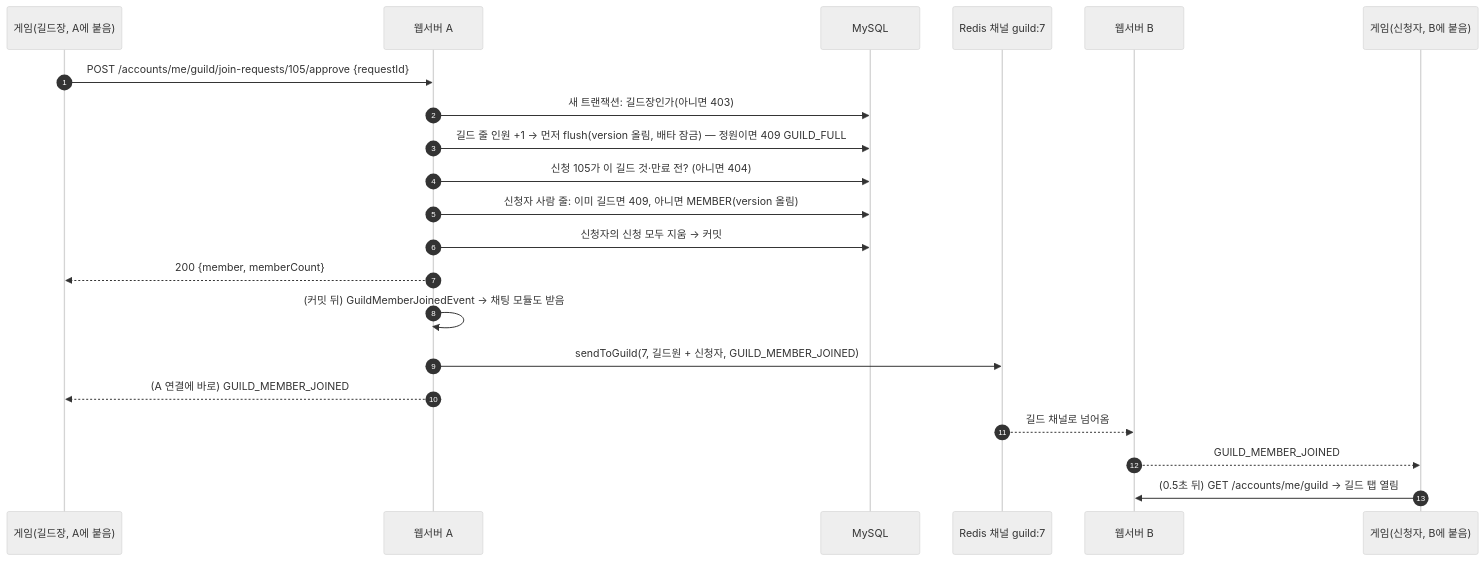
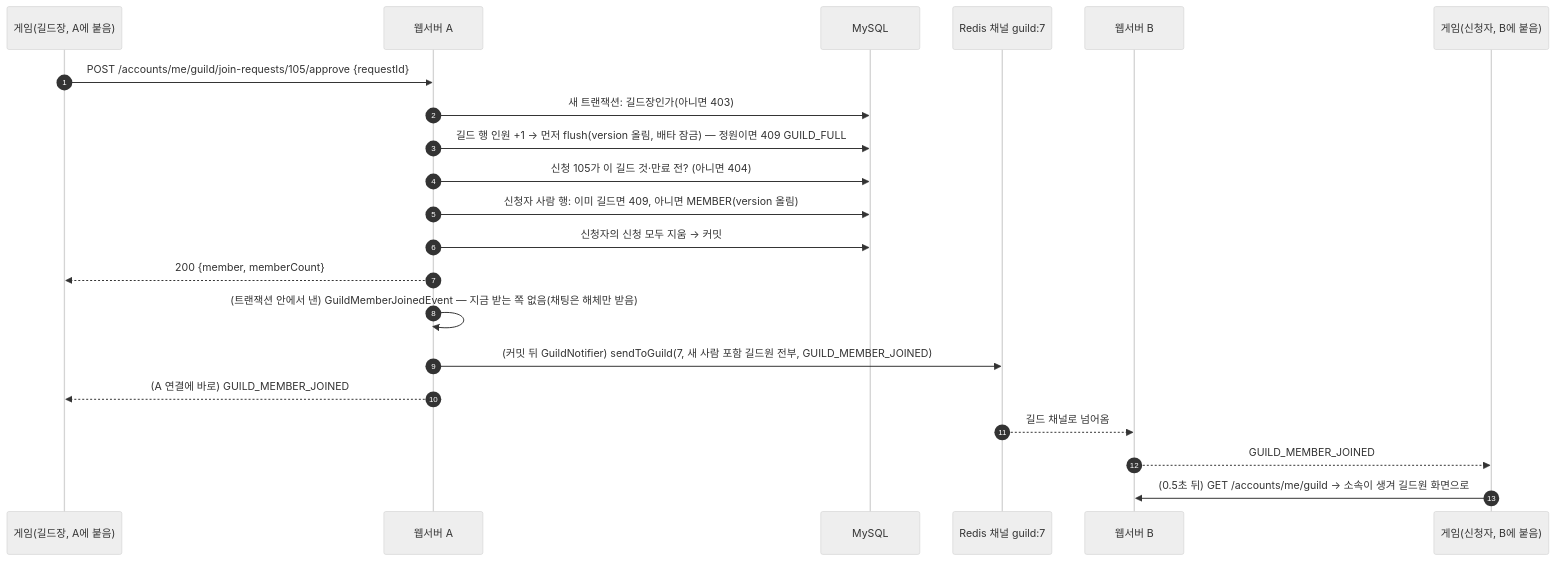
The third of 8 diagrams in docs/flows/guild.md (NBCGameServerCamp09Team01/PW01), drawn with Mermaid (neutral theme) before and after one commit. The commit also changed other lines of this file and 6 other files, not shown here.

````diff
--- a/docs/flows/guild.md
+++ b/docs/flows/guild.md
@@ -85,24 +89,24 @@
 ```mermaid
 sequenceDiagram
   autonumber
   participant GL as 게임(길드장, A에 붙음)
   participant A as 웹서버 A
   participant DB as MySQL
   participant R as Redis 채널 guild:7
   participant B as 웹서버 B
   participant GN as 게임(신청자, B에 붙음)
 
   GL->>A: POST /accounts/me/guild/join-requests/105/approve {requestId}
   A->>DB: 새 트랜잭션: 길드장인가(아니면 403)
-  A->>DB: 길드 줄 인원 +1 → 먼저 flush(version 올림, 배타 잠금) — 정원이면 409 GUILD_FULL
+  A->>DB: 길드 행 인원 +1 → 먼저 flush(version 올림, 배타 잠금) — 정원이면 409 GUILD_FULL
   A->>DB: 신청 105가 이 길드 것·만료 전? (아니면 404)
-  A->>DB: 신청자 사람 줄: 이미 길드면 409, 아니면 MEMBER(version 올림)
+  A->>DB: 신청자 사람 행: 이미 길드면 409, 아니면 MEMBER(version 올림)
   A->>DB: 신청자의 신청 모두 지움 → 커밋
   A-->>GL: 200 {member, memberCount}
-  A->>A: (커밋 뒤) GuildMemberJoinedEvent → 채팅 모듈도 받음
-  A->>R: sendToGuild(7, 길드원 + 신청자, GUILD_MEMBER_JOINED)
+  A->>A: (트랜잭션 안에서 낸) GuildMemberJoinedEvent — 지금 받는 쪽 없음(채팅은 해체만 받음)
+  A->>R: (커밋 뒤 GuildNotifier) sendToGuild(7, 새 사람 포함 길드원 전부, GUILD_MEMBER_JOINED)
   A-->>GL: (A 연결에 바로) GUILD_MEMBER_JOINED
   R-->>B: 길드 채널로 넘어옴
   B-->>GN: GUILD_MEMBER_JOINED
-  GN->>B: (0.5초 뒤) GET /accounts/me/guild → 길드 탭 열림
+  GN->>B: (0.5초 뒤) GET /accounts/me/guild → 소속이 생겨 길드원 화면으로
 ```
````
